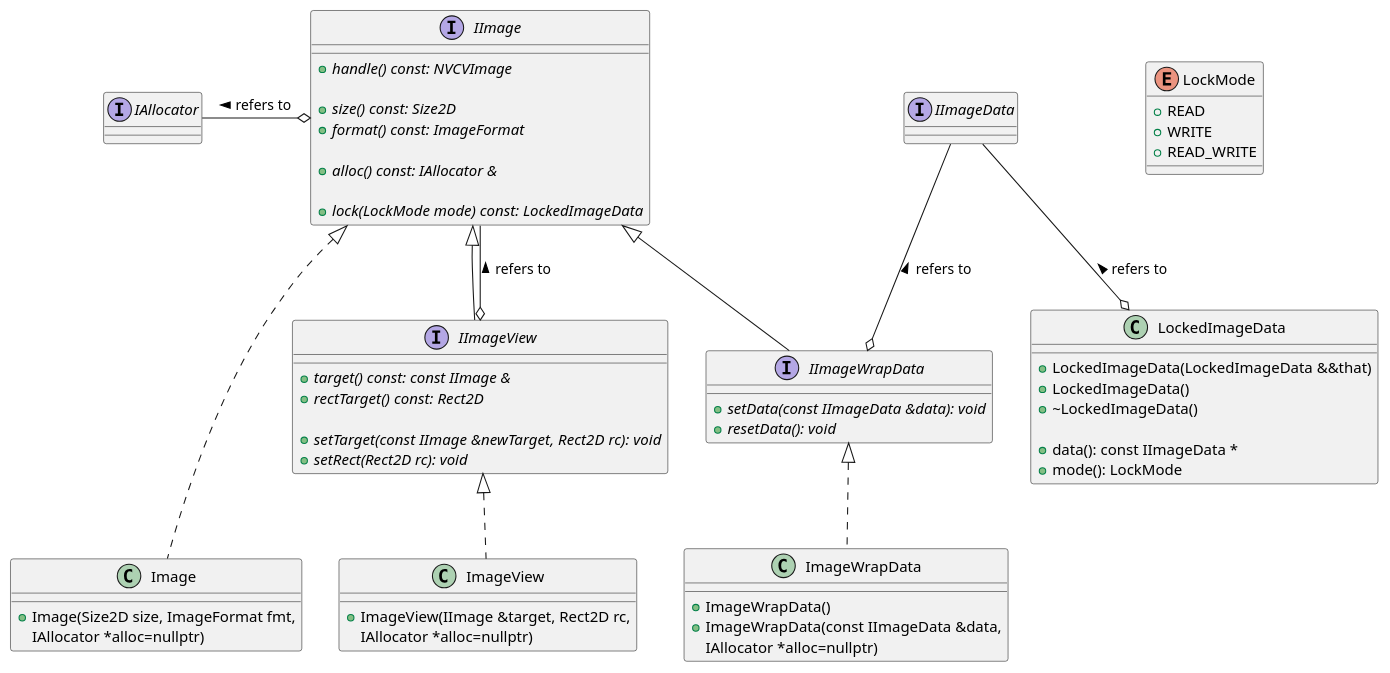
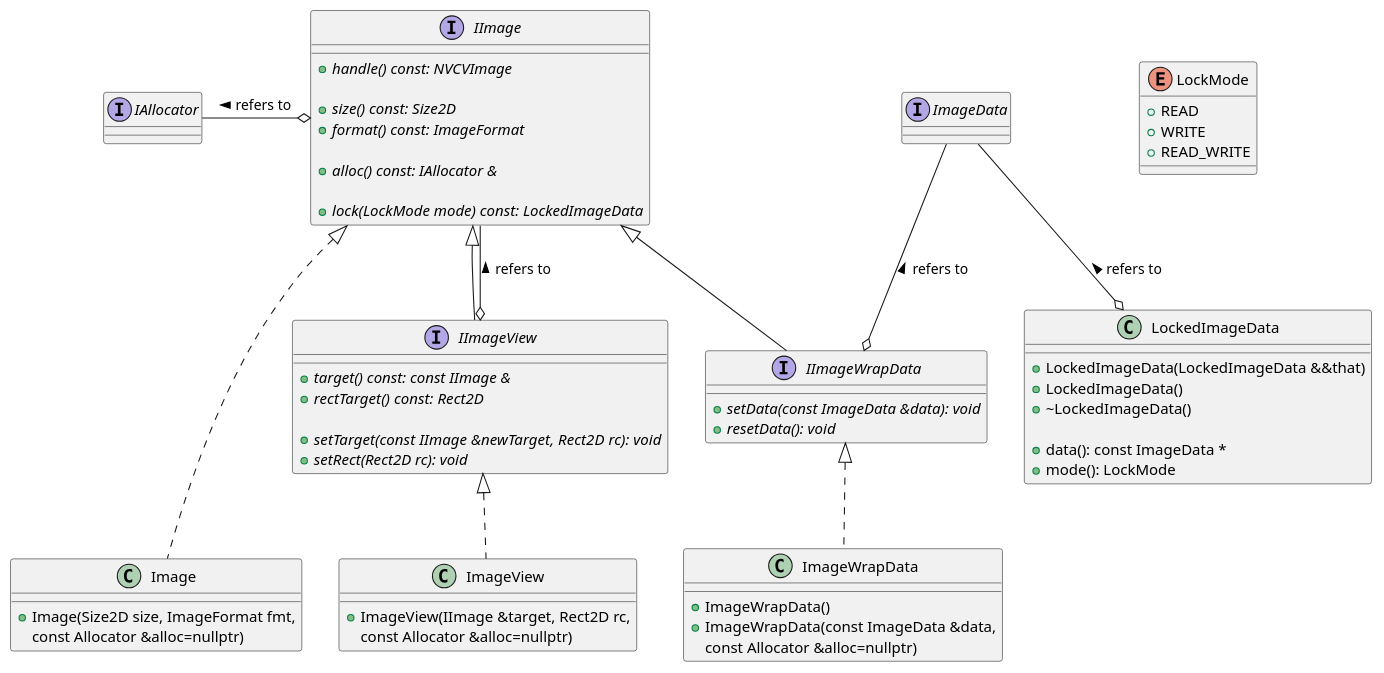
One commit to CVCUDA/CV-CUDA changed the diagram in docs/design/image_future_classes.puml. Above: the diagram before and after it, drawn with PlantUML. The commit also changed other lines of this file and 479 other files, not shown here.

```diff
--- a/docs/design/image_future_classes.puml
+++ b/docs/design/image_future_classes.puml
@@ -13,86 +13,86 @@
 @startuml
 
 interface IAllocator
 
-interface IImageData
+interface ImageData
 
 enum LockMode
 {
     + READ
     + WRITE
     + READ_WRITE
 }
 
 class LockedImageData
 {
     + LockedImageData(LockedImageData &&that)
     + LockedImageData()
     + ~LockedImageData()
 
-    + data(): const IImageData *
+    + data(): const ImageData *
     + mode(): LockMode
 }
 
 LockMode -[hidden]- LockedImageData
 
 interface IImage
 {
     + {abstract} handle() const: NVCVImage
 
     + {abstract} size() const: Size2D
     + {abstract} format() const: ImageFormat
 
     + {abstract} alloc() const: IAllocator &
 
     + {abstract} lock(LockMode mode) const: LockedImageData
 }
 
-IImageData --o LockedImageData: refers to <
+ImageData --o LockedImageData: refers to <
 
 IAllocator -right-o IImage: refers to <
 
 interface IImageWrapData extends IImage
 {
-    + {abstract} setData(const IImageData &data): void
+    + {abstract} setData(const ImageData &data): void
     + {abstract} resetData(): void
 }
 
-IImageData -down-o IImageWrapData: refers to <
+ImageData -down-o IImageWrapData: refers to <
 
 interface IImageView
 {
     + {abstract} target() const: const IImage &
     + {abstract} rectTarget() const: Rect2D
 
     + {abstract} setTarget(const IImage &newTarget, Rect2D rc): void
     + {abstract} setRect(Rect2D rc): void
 }
 IImage <|-down- IImageView
 IImage --o IImageView: refers to <
 
 IImageView -[hidden]right- ImageWrapData
 
 together {
 
 class Image implements IImage
 {
     + Image(Size2D size, ImageFormat fmt,
-            IAllocator *alloc=nullptr)
+            const Allocator &alloc=nullptr)
 }
 
 class ImageView implements IImageView
 {
     + ImageView(IImage &target, Rect2D rc,
-                IAllocator *alloc=nullptr)
+                const Allocator &alloc=nullptr)
 }
 
 class ImageWrapData implements IImageWrapData
 {
     + ImageWrapData()
-    + ImageWrapData(const IImageData &data,
-                    IAllocator *alloc=nullptr)
+    + ImageWrapData(const ImageData &data,
+                    const Allocator &alloc=nullptr)
 }
 
 }
 
 @enduml
```
